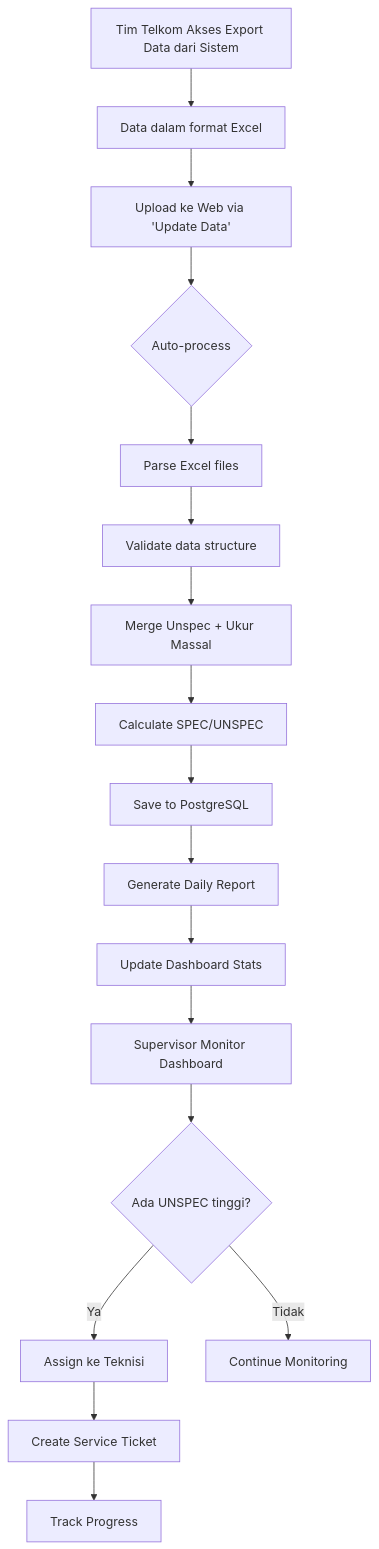
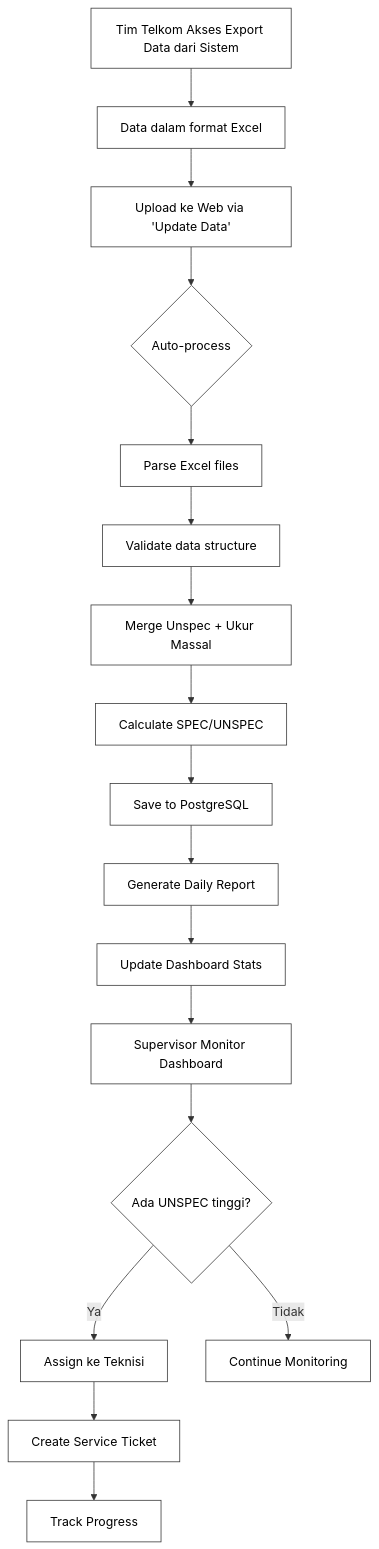
One commit to Just0rdinaryGuy/unspec-dash changed the first of 3 diagrams in README.md. Above: the diagram before and after it, drawn with Mermaid. The commit also changed other lines of this file and 2 other files, not shown here.

Commit message:
docs: Enforce absolute black font (#000000) in Mermaid diagrams

````diff
--- a/README.md
+++ b/README.md
@@ -661,19 +661,20 @@
 ```mermaid
 graph TD
+    classDef default fill:#fff,stroke:#333,stroke-width:1px,color:#000000;
     A[Tim Telkom Akses Export Data dari Sistem] --> B[Data dalam format Excel]
     B --> C[Upload ke Web via 'Update Data']
     C --> D{Auto-process}
     D --> E[Parse Excel files]
     E --> F[Validate data structure]
     F --> G[Merge Unspec + Ukur Massal]
     G --> H[Calculate SPEC/UNSPEC]
     H --> I[Save to PostgreSQL]
     I --> J[Generate Daily Report]
     J --> K[Update Dashboard Stats]
     K --> L[Supervisor Monitor Dashboard]
     L --> M{Ada UNSPEC tinggi?}
     M -->|Ya| N[Assign ke Teknisi]
     M -->|Tidak| O[Continue Monitoring]
     N --> P[Create Service Ticket]
     P --> Q[Track Progress]
 ```
````
